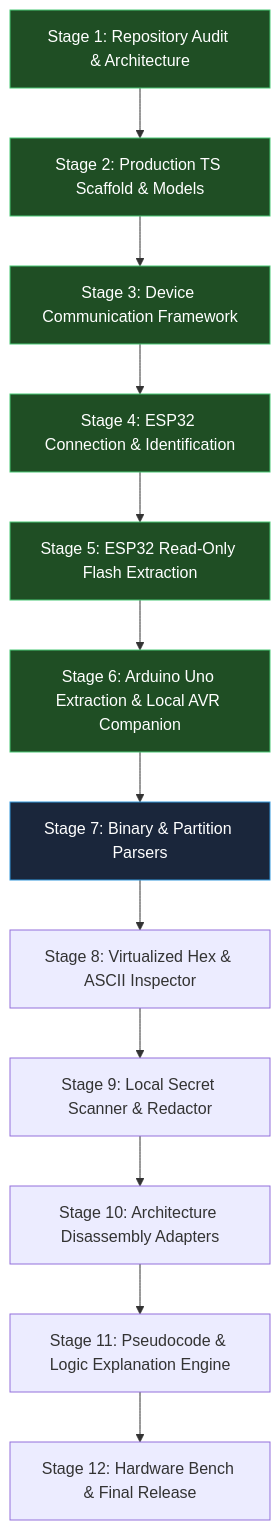
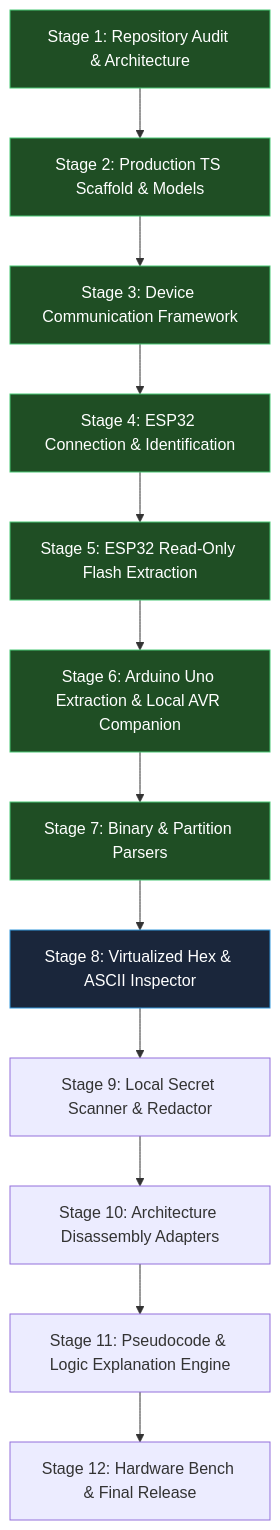
The diagram in docs/progress.md (sfelixandrew/MICROCODE), drawn with Mermaid before and after one commit. The commit also changed other lines of this file and 24 other files, not shown here.

````diff
--- a/docs/progress.md
+++ b/docs/progress.md
@@ -5,22 +5,24 @@
 ```mermaid
 flowchart TD
     S1["Stage 1: Repository Audit & Architecture"] --> S2["Stage 2: Production TS Scaffold & Models"]
     S2 --> S3["Stage 3: Device Communication Framework"]
     S3 --> S4["Stage 4: ESP32 Connection & Identification"]
     S4 --> S5["Stage 5: ESP32 Read-Only Flash Extraction"]
     S5 --> S6["Stage 6: Arduino Uno Extraction & Local AVR Companion"]
     S6 --> S7["Stage 7: Binary & Partition Parsers"]
     S7 --> S8["Stage 8: Virtualized Hex & ASCII Inspector"]
     S8 --> S9["Stage 9: Local Secret Scanner & Redactor"]
     S9 --> S10["Stage 10: Architecture Disassembly Adapters"]
     S10 --> S11["Stage 11: Pseudocode & Logic Explanation Engine"]
     S11 --> S12["Stage 12: Hardware Bench & Final Release"]
 
     style S1 fill:#1f4e24,stroke:#48c774,color:#fff
+    style S1 fill:#1f4e24,stroke:#48c774,color:#fff
     style S2 fill:#1f4e24,stroke:#48c774,color:#fff
     style S3 fill:#1f4e24,stroke:#48c774,color:#fff
     style S4 fill:#1f4e24,stroke:#48c774,color:#fff
     style S5 fill:#1f4e24,stroke:#48c774,color:#fff
     style S6 fill:#1f4e24,stroke:#48c774,color:#fff
-    style S7 fill:#1a263b,stroke:#3298dc,color:#fff
+    style S7 fill:#1f4e24,stroke:#48c774,color:#fff
+    style S8 fill:#1a263b,stroke:#3298dc,color:#fff
 ```
````
